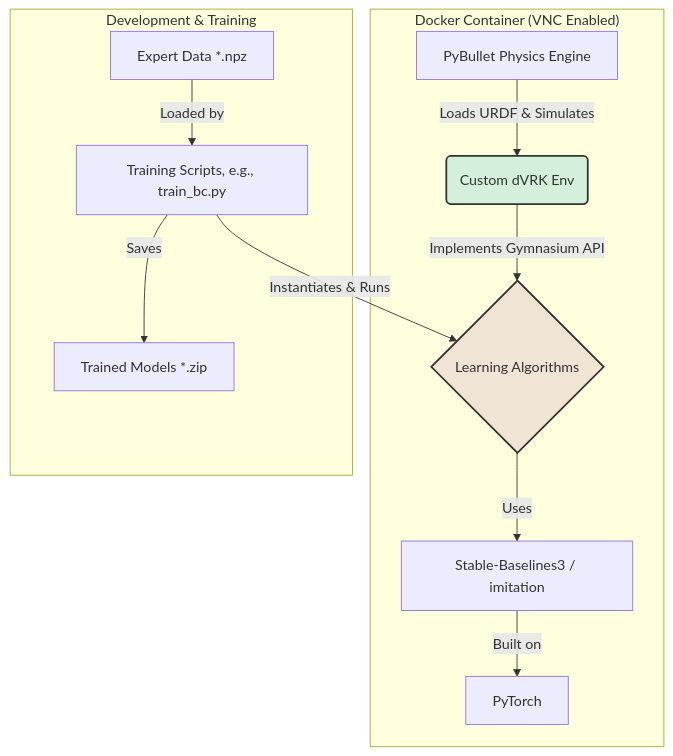
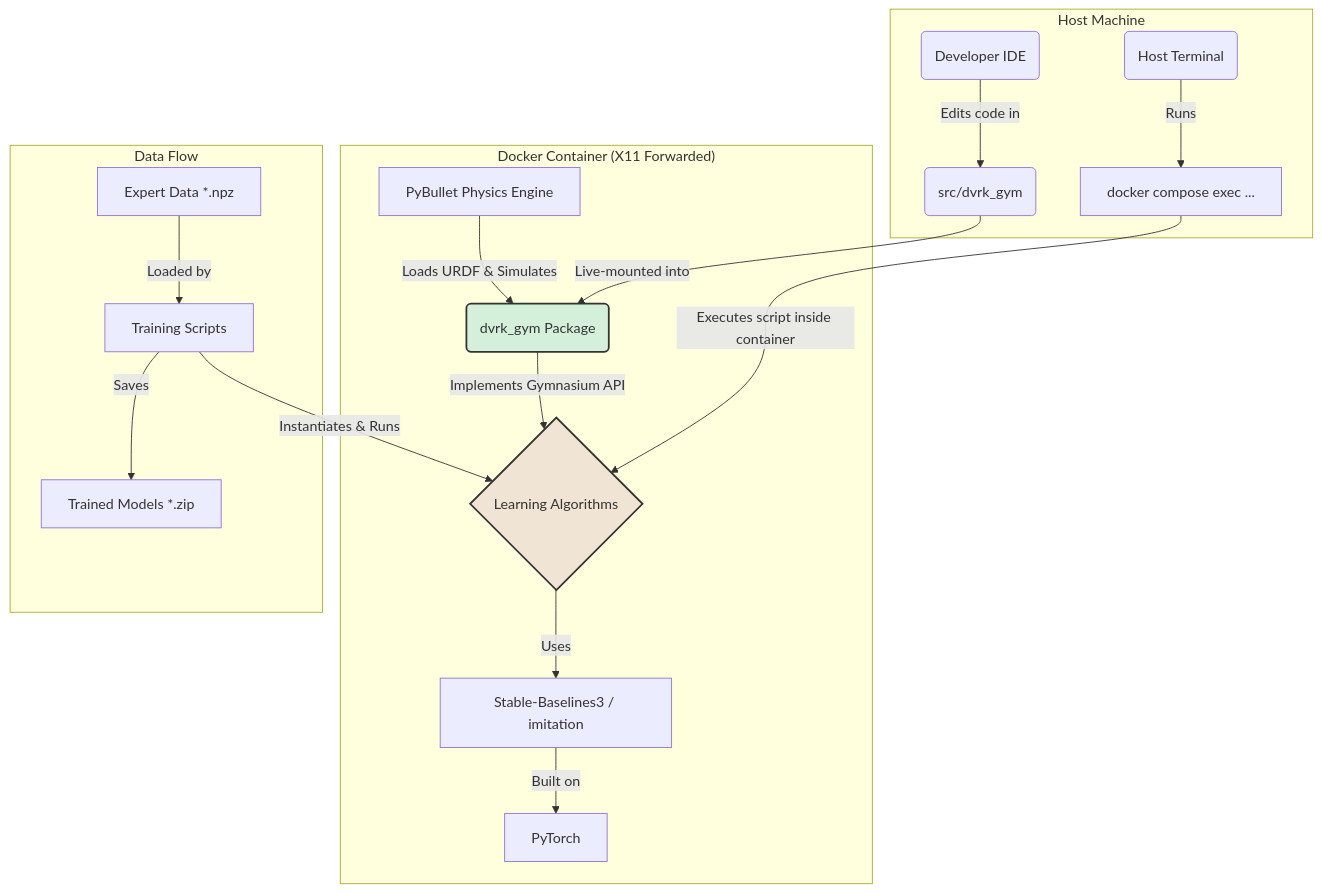
Before and after one commit to KaleLjl/RL-IL-for-Surgical-Robot-Learning: the diagram in memory-bank/systemPatterns.md, drawn with Mermaid. The commit also changed other lines of this file and 80 other files, not shown here.

````diff
--- a/memory-bank/systemPatterns.md
+++ b/memory-bank/systemPatterns.md
@@ -6,18 +6,26 @@
 ```mermaid
 graph TD
-    subgraph "Docker Container (VNC Enabled)"
-        A[PyBullet Physics Engine] -- "Loads URDF & Simulates" --> B(Custom dVRK Env);
+    subgraph "Host Machine"
+        I(Developer IDE) -- "Edits code in" --> J(src/dvrk_gym);
+        K(Host Terminal) -- "Runs" --> L["docker compose exec ..."];
+    end
+
+    subgraph "Docker Container (X11 Forwarded)"
+        A[PyBullet Physics Engine] -- "Loads URDF & Simulates" --> B(dvrk_gym Package);
         B -- "Implements Gymnasium API" --> C{Learning Algorithms};
         C -- "Uses" --> D[Stable-Baselines3 / imitation];
         D -- "Built on" --> E[PyTorch];
     end
+    
+    J -- "Live-mounted into" --> B;
+    L -- "Executes script inside container" --> C;
 
-    subgraph "Development & Training"
-        F[Training Scripts, e.g., train_bc.py] -- "Instantiates & Runs" --> C;
+    subgraph "Data Flow"
+        F[Training Scripts] -- "Instantiates & Runs" --> C;
         G[Expert Data *.npz] -- "Loaded by" --> F;
         F -- "Saves" --> H[Trained Models *.zip];
     end
 
     style B fill:#d4f0db,stroke:#333,stroke-width:2px
     style C fill:#f0e4d4,stroke:#333,stroke-width:2px
 ```
````
